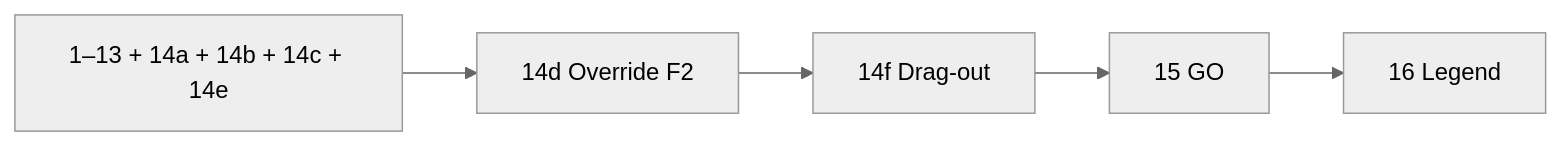
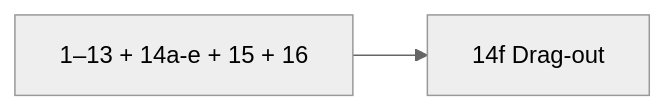
Before and after one commit to davidohana/finebytes: the diagram in docs/plans/rename-list-ui.plan.md, drawn with Mermaid (neutral theme). The commit also changed other lines of this file and 7 other files, not shown here.

````diff
--- a/docs/plans/rename-list-ui.plan.md
+++ b/docs/plans/rename-list-ui.plan.md
@@ -136,10 +136,6 @@
 ```mermaid
 flowchart LR
-  Done[1–13 + 14a + 14b + 14c + 14e]
-  P14d[14d Override F2]
+  Done[1–13 + 14a-e + 15 + 16]
   P14f[14f Drag-out]
-  P15[15 GO]
-  P16[16 Legend]
-  Done --> P14d
-  P14d --> P14f --> P15 --> P16
+  Done --> P14f
 ```
````
